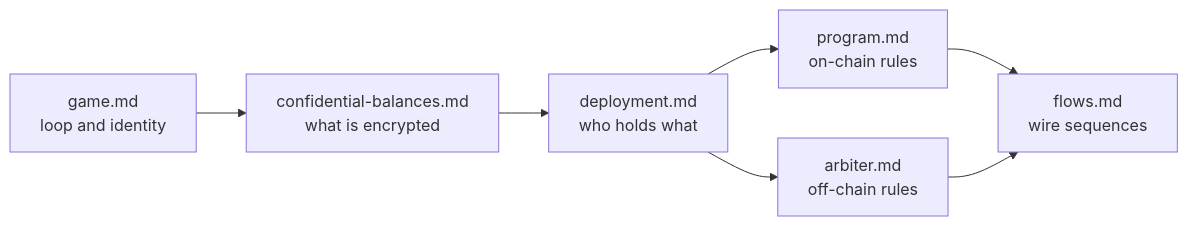
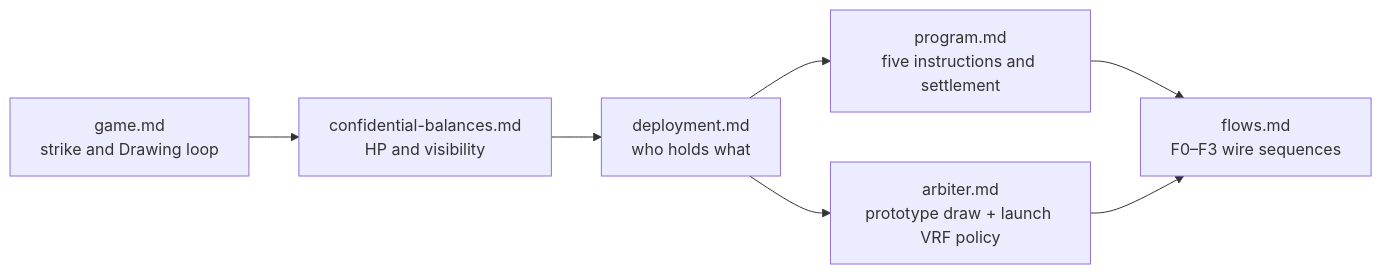
One commit to kilogold/confidential-pinata changed the diagram in docs/README.md. Above: the diagram before and after it, drawn with Mermaid. The commit also changed other lines of this file and 8 other files, not shown here.

````diff
--- a/docs/README.md
+++ b/docs/README.md
@@ -7,16 +9,16 @@
 ```mermaid
 flowchart LR
-  game[game.md<br/>loop and identity]
-  cb[confidential-balances.md<br/>what is encrypted]
+  game[game.md<br/>strike and Drawing loop]
+  cb[confidential-balances.md<br/>HP and visibility]
   dep[deployment.md<br/>who holds what]
-  prog[program.md<br/>on-chain rules]
-  arb[arbiter.md<br/>off-chain rules]
-  flows[flows.md<br/>wire sequences]
+  prog[program.md<br/>five instructions and settlement]
+  arb[arbiter.md<br/>prototype draw + launch VRF policy]
+  flows[flows.md<br/>F0–F3 wire sequences]
 
   game --> cb
   cb --> dep
   dep --> prog
   dep --> arb
   prog --> flows
   arb --> flows
 ```
````
